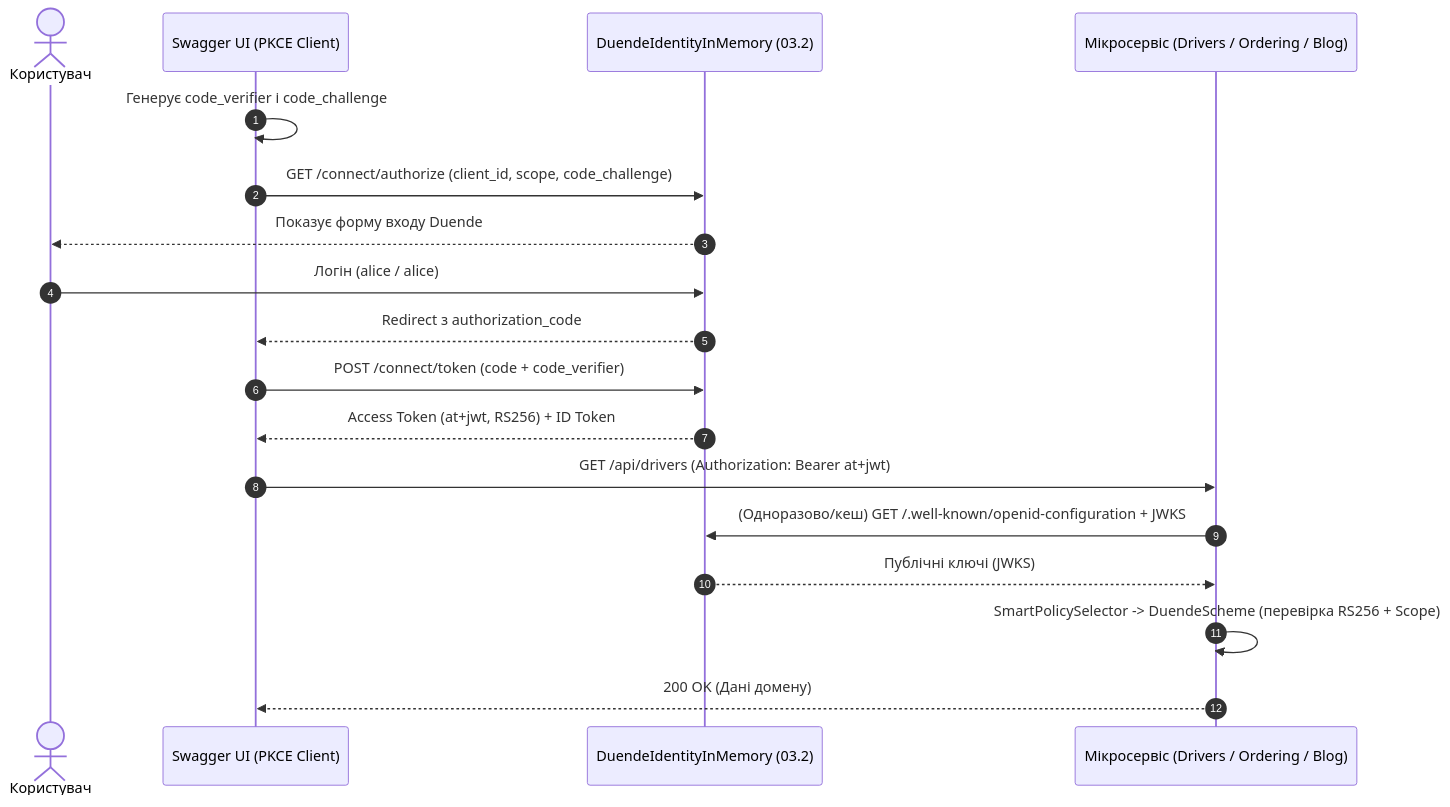
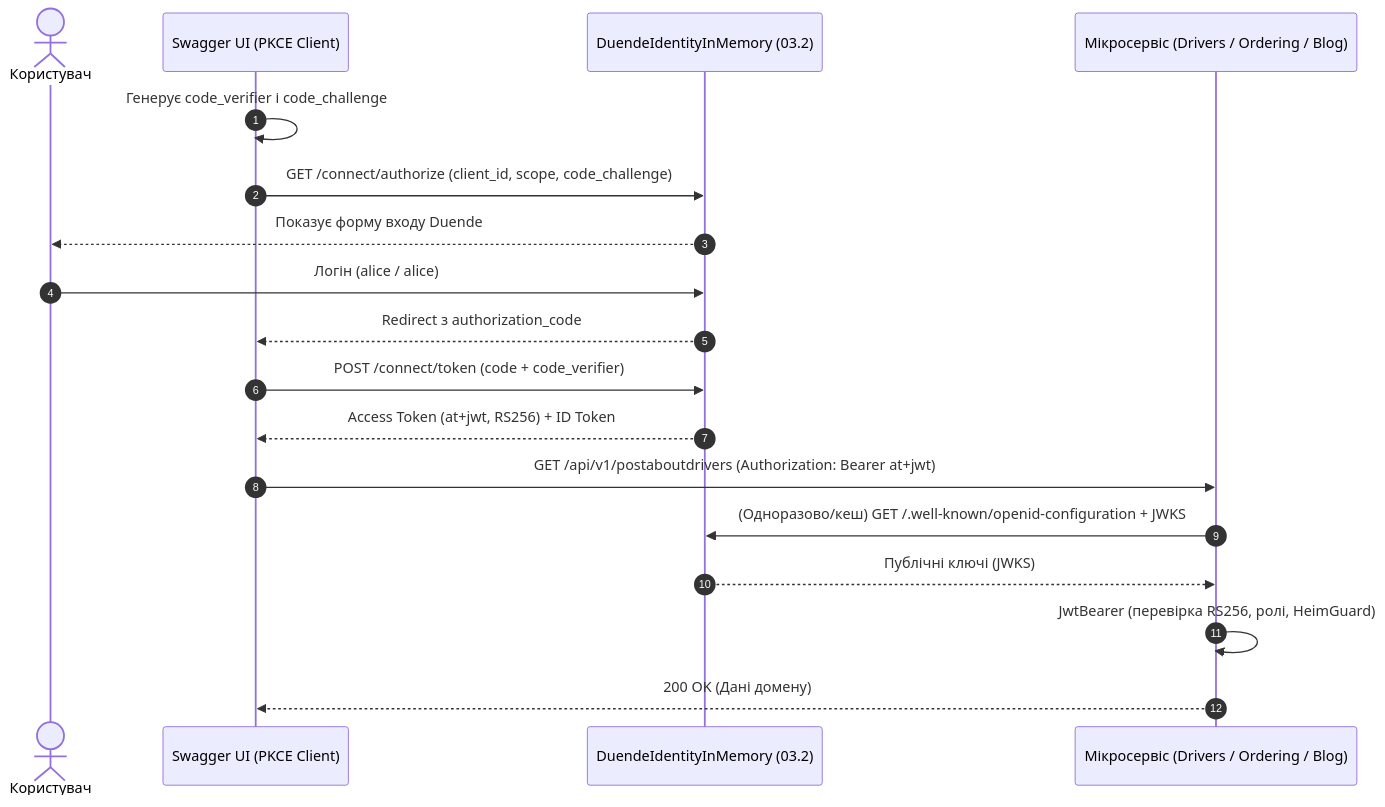
Before and after one commit to MrTomkaYurii/Demo-AspNet-CargoDeliveryService: the diagram in 02-Microservices-Craftsman/02-03-Identity-Security-Documentation/03.2_Duende_IdentityServer_OIDC.md, drawn with Mermaid. The commit also changed other lines of this file and 21 other files, not shown here.

````diff
--- a/02-Microservices-Craftsman/02-03-Identity-Security-Documentation/03.2_Duende_IdentityServer_OIDC.md
+++ b/02-Microservices-Craftsman/02-03-Identity-Security-Documentation/03.2_Duende_IdentityServer_OIDC.md
@@ -34,23 +34,23 @@
 ```mermaid
 sequenceDiagram
     autonumber
     actor User as Користувач
     participant Sw as Swagger UI (PKCE Client)
     participant STS as DuendeIdentityInMemory (03.2)
     participant API as Мікросервіс (Drivers / Ordering / Blog)
 
     Sw->>Sw: Генерує code_verifier і code_challenge
     Sw->>STS: GET /connect/authorize (client_id, scope, code_challenge)
     STS-->>User: Показує форму входу Duende
     User->>STS: Логін (alice / alice)
     STS-->>Sw: Redirect з authorization_code
 
     Sw->>STS: POST /connect/token (code + code_verifier)
     STS-->>Sw: Access Token (at+jwt, RS256) + ID Token
 
-    Sw->>API: GET /api/drivers (Authorization: Bearer at+jwt)
+    Sw->>API: GET /api/v1/postaboutdrivers (Authorization: Bearer at+jwt)
     API->>STS: (Одноразово/кеш) GET /.well-known/openid-configuration + JWKS
     STS-->>API: Публічні ключі (JWKS)
-    API->>API: SmartPolicySelector -> DuendeScheme (перевірка RS256 + Scope)
+    API->>API: JwtBearer (перевірка RS256, ролі, HeimGuard)
     API-->>Sw: 200 OK (Дані домену)
 ```
````
